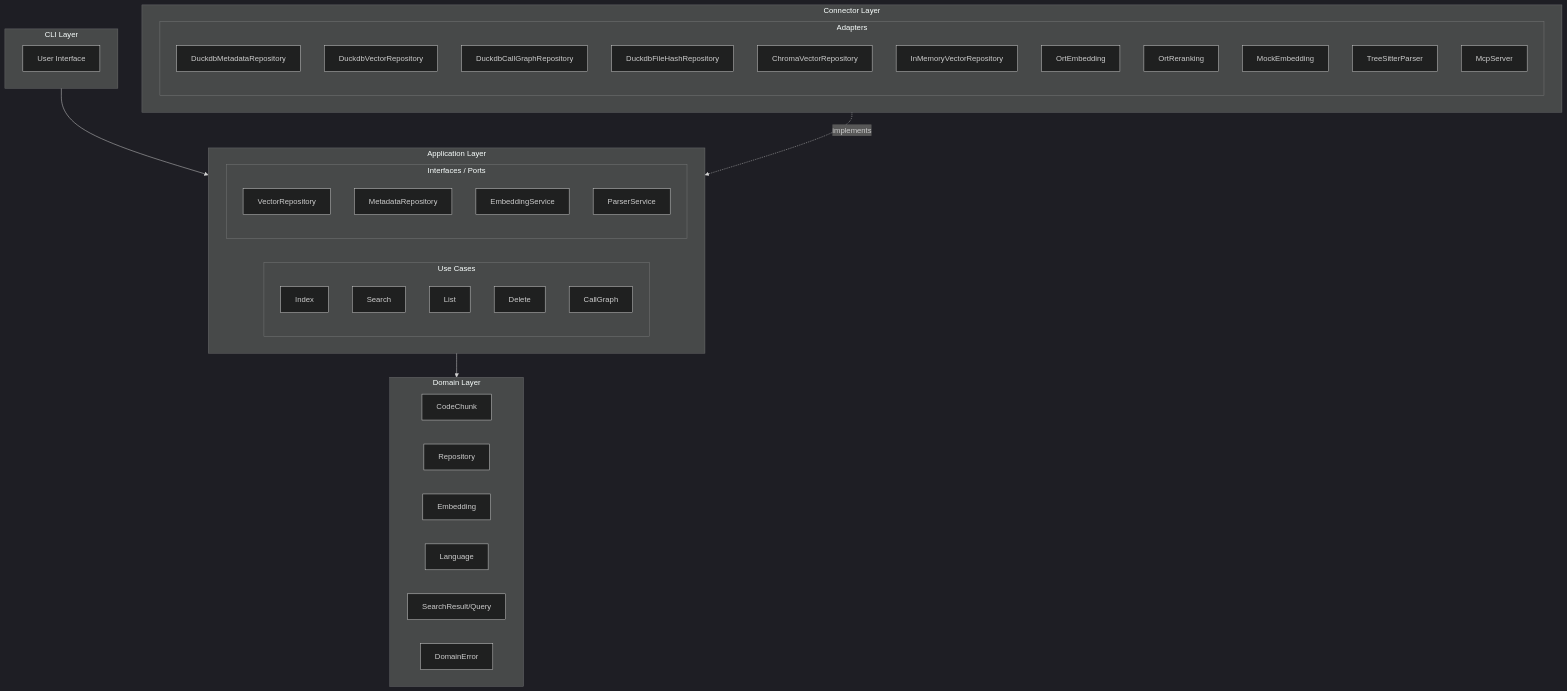
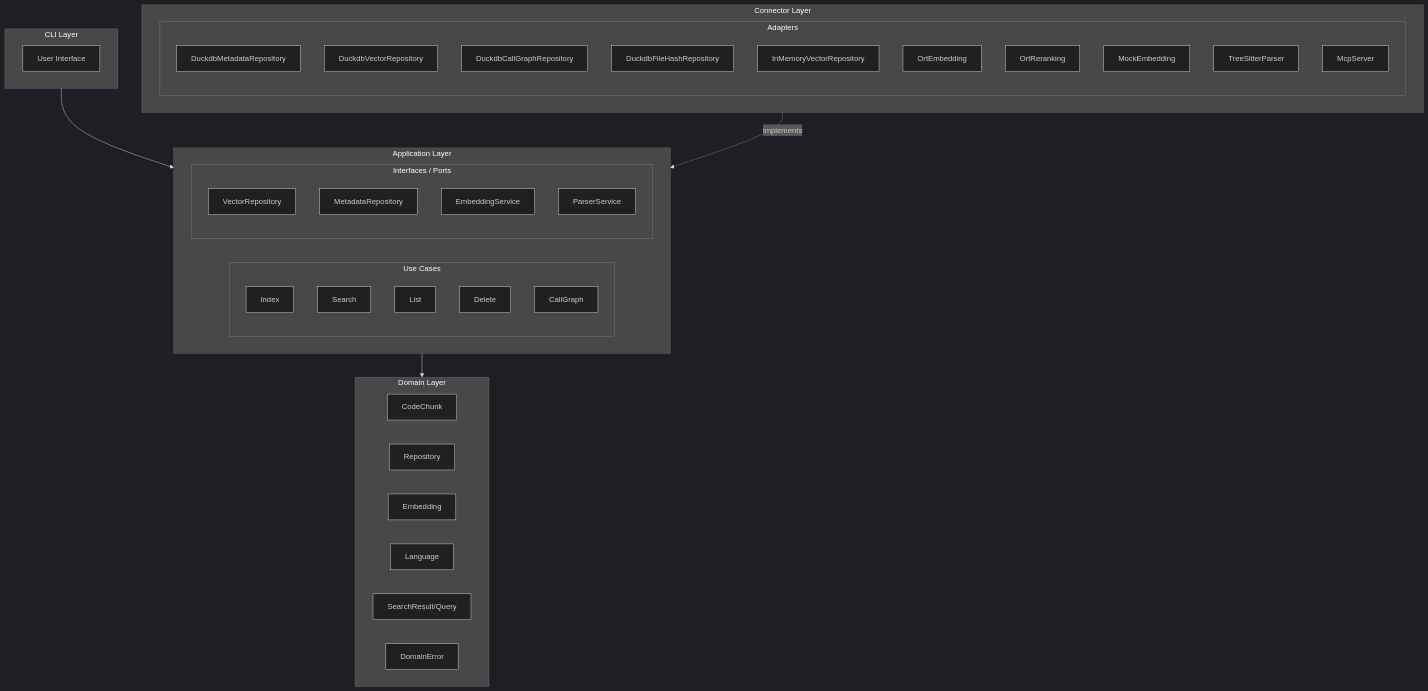
The first of 3 diagrams in docs/architecture/overview.md (ArtemisMucaj/codesearch), drawn with Mermaid (dark theme) before and after one commit. The commit also changed other lines of this file and 11 other files, not shown here.

````diff
--- a/docs/architecture/overview.md
+++ b/docs/architecture/overview.md
@@ -7,51 +7,50 @@
 ```mermaid
 graph TB
     subgraph CLI["CLI Layer"]
         UI[User Interface]
     end
 
     subgraph Application["Application Layer"]
         subgraph UseCases["Use Cases"]
             Index[Index]
             Search[Search]
             List[List]
             Delete[Delete]
             CallGraph[CallGraph]
         end
         subgraph Ports["Interfaces / Ports"]
             VectorRepo[VectorRepository]
             RepoRepo[MetadataRepository]
             EmbedSvc[EmbeddingService]
             ParseSvc[ParserService]
         end
     end
 
     subgraph Domain["Domain Layer"]
         CodeChunk[CodeChunk]
         Repository[Repository]
         Embedding[Embedding]
         Language[Language]
         SearchResult[SearchResult/Query]
         DomainError[DomainError]
     end
 
     subgraph Connector["Connector Layer"]
         subgraph Adapters["Adapters"]
             DuckDBMeta[DuckdbMetadataRepository]
             DuckDBVec[DuckdbVectorRepository]
             DuckDBCallGraph[DuckdbCallGraphRepository]
             DuckDBFileHash[DuckdbFileHashRepository]
-            Chroma[ChromaVectorRepository]
             InMemory[InMemoryVectorRepository]
             Ort[OrtEmbedding]
             OrtRerank[OrtReranking]
             Mock[MockEmbedding]
             TreeSitter[TreeSitterParser]
             MCP[McpServer]
         end
     end
 
     CLI --> Application
     Application --> Domain
     Connector -.->|implements| Application
 ```
````
